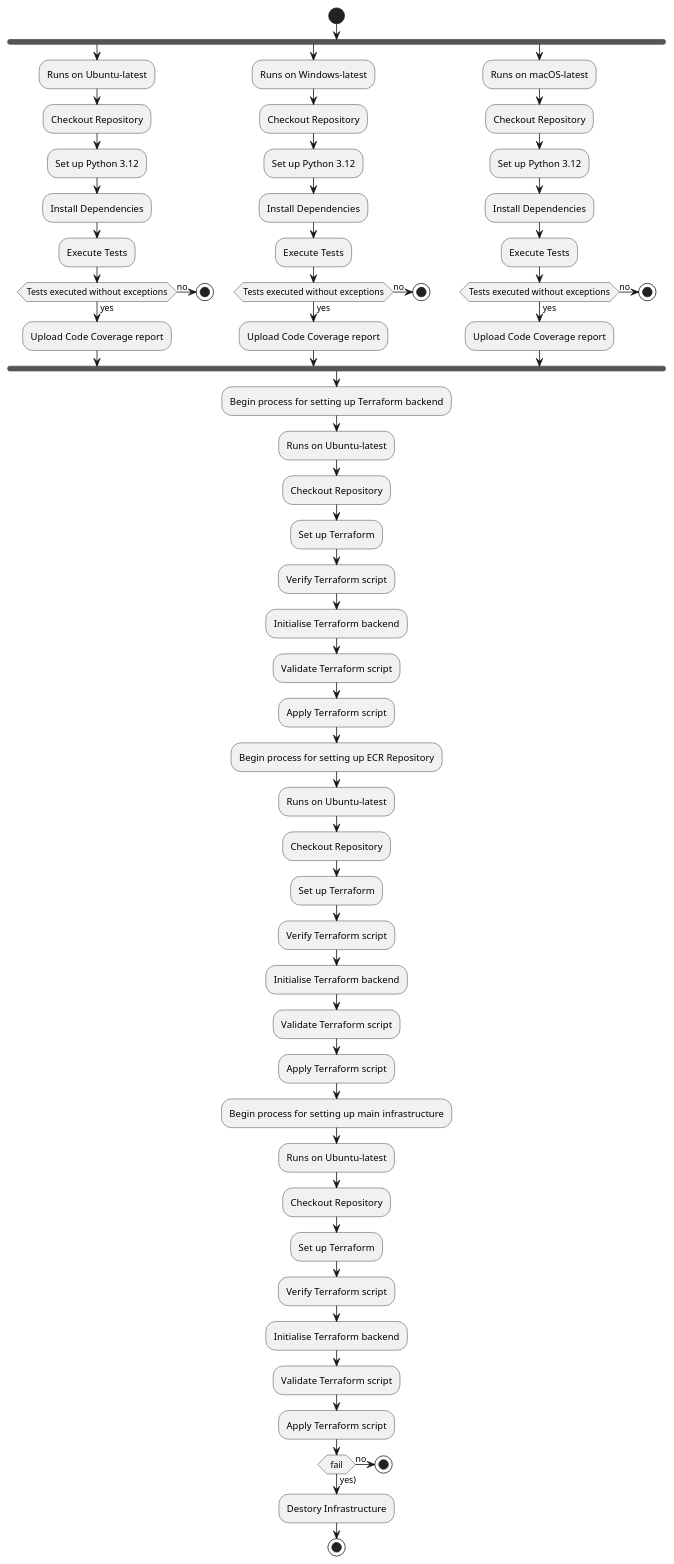
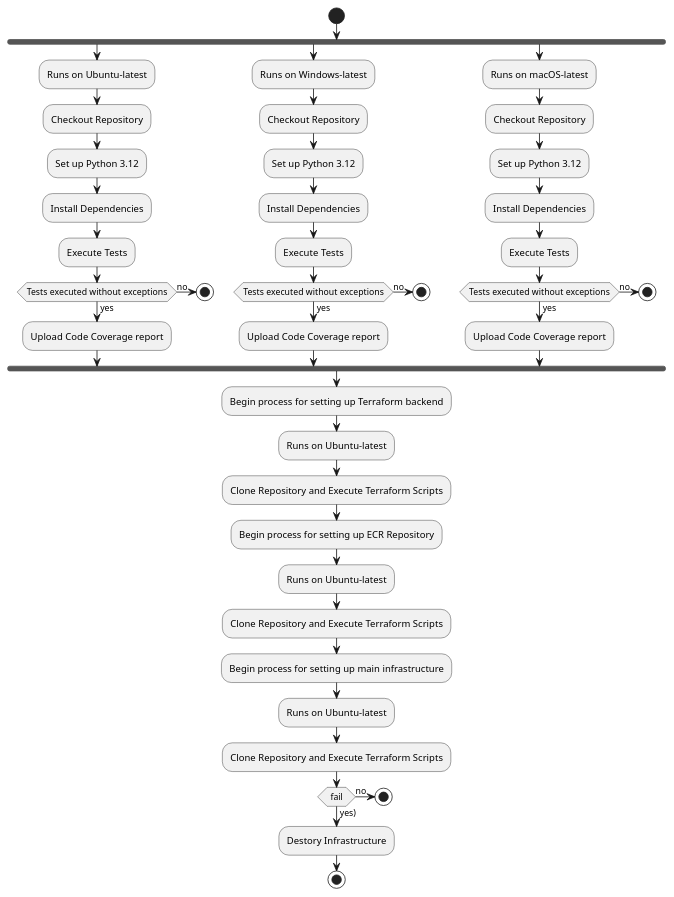
Before and after one commit to ssg-wsg/Sample-Codes: the diagram in SSG-API-Testing-Application-v2/docs/assets/developer-guide/CICDActivityDiagram.puml, drawn with PlantUML. The commit also changed 12 other files, not shown here.

Commit message:
Update application documentation and diagrams

```diff
--- a/SSG-API-Testing-Application-v2/docs/assets/developer-guide/CICDActivityDiagram.puml
+++ b/SSG-API-Testing-Application-v2/docs/assets/developer-guide/CICDActivityDiagram.puml
@@ -1,79 +1,64 @@
 @startuml
 start
 fork
 :Runs on Ubuntu-latest;
 :Checkout Repository;
 :Set up Python 3.12;
 :Install Dependencies;
 :Execute Tests;
 
 if (Tests executed without exceptions) then (yes)
     :Upload Code Coverage report;
 else (no)
     stop
 endif
 
 fork again
 :Runs on Windows-latest;
 :Checkout Repository;
 :Set up Python 3.12;
 :Install Dependencies;
 :Execute Tests;
 
 if (Tests executed without exceptions) then (yes)
     :Upload Code Coverage report;
 else (no)
     stop
 endif
 
 fork again
 :Runs on macOS-latest;
 :Checkout Repository;
 :Set up Python 3.12;
 :Install Dependencies;
 :Execute Tests;
 
 if (Tests executed without exceptions) then (yes)
     :Upload Code Coverage report;
 else (no)
     stop
 endif
 
 endfork
 
 :Begin process for setting up Terraform backend;
 :Runs on Ubuntu-latest;
-:Checkout Repository;
-:Set up Terraform;
-:Verify Terraform script;
-:Initialise Terraform backend;
-:Validate Terraform script;
-:Apply Terraform script;
+:Clone Repository and Execute Terraform Scripts;
 
 :Begin process for setting up ECR Repository;
 :Runs on Ubuntu-latest;
-:Checkout Repository;
-:Set up Terraform;
-:Verify Terraform script;
-:Initialise Terraform backend;
-:Validate Terraform script;
-:Apply Terraform script;
+:Clone Repository and Execute Terraform Scripts;
 
 :Begin process for setting up main infrastructure;
 :Runs on Ubuntu-latest;
-:Checkout Repository;
-:Set up Terraform;
-:Verify Terraform script;
-:Initialise Terraform backend;
-:Validate Terraform script;
-:Apply Terraform script;
+:Clone Repository and Execute Terraform Scripts;
 
 if (fail) then (yes))
     :Destory Infrastructure;
 else (no)
     stop
 endif
 
 stop
 
 @enduml
```
